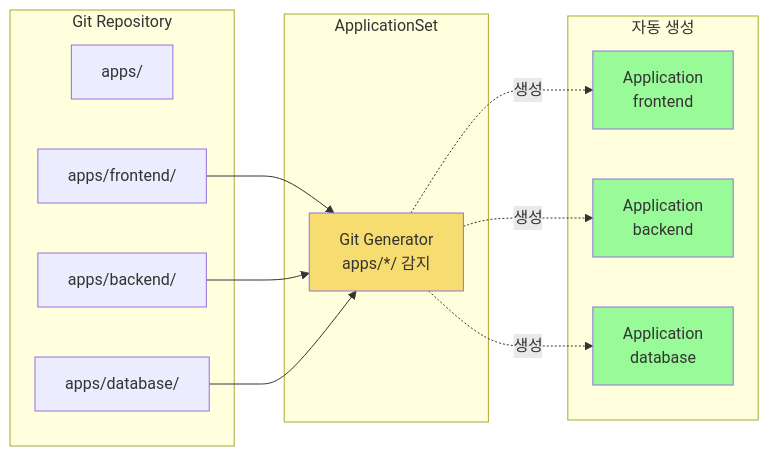
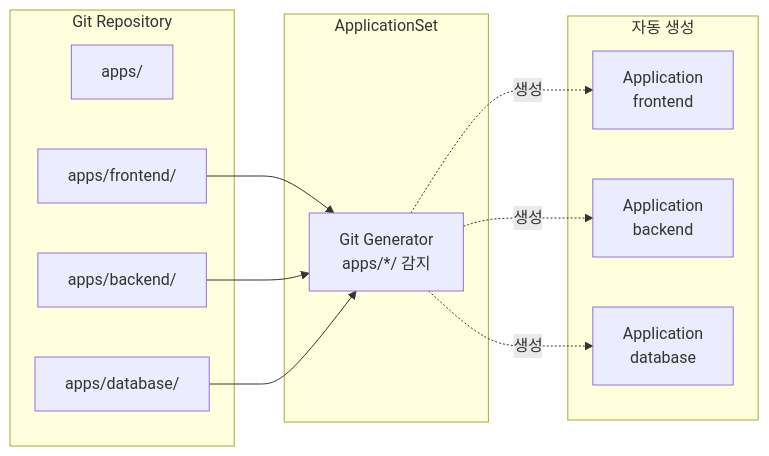
Before and after one commit to juwon8891/juwon8891.github.io: the second of 6 diagrams in docs/cicd/week4-argocd-advanced.md, drawn with Mermaid. The commit also changed other lines of this file and 18 other files, not shown here.

Commit message:
Remove bright colors from Mermaid diagrams for dark mode compatibility

````diff
--- a/docs/cicd/week4-argocd-advanced.md
+++ b/docs/cicd/week4-argocd-advanced.md
@@ -192,32 +187,28 @@
 ```mermaid
 graph LR
     subgraph "Git Repository"
         ROOT[apps/]
         APP1[apps/frontend/]
         APP2[apps/backend/]
         APP3[apps/database/]
     end
 
     subgraph "ApplicationSet"
         GITGEN[Git Generator<br/>apps/*/ 감지]
     end
 
     subgraph "자동 생성"
         APPF[Application<br/>frontend]
         APPB[Application<br/>backend]
         APPD[Application<br/>database]
     end
 
     APP1 --> GITGEN
     APP2 --> GITGEN
     APP3 --> GITGEN
 
     GITGEN -.생성.-> APPF
     GITGEN -.생성.-> APPB
     GITGEN -.생성.-> APPD
 
-    style GITGEN fill:#F7DC6F
-    style APPF fill:#98FB98
-    style APPB fill:#98FB98
-    style APPD fill:#98FB98
 ```
````
